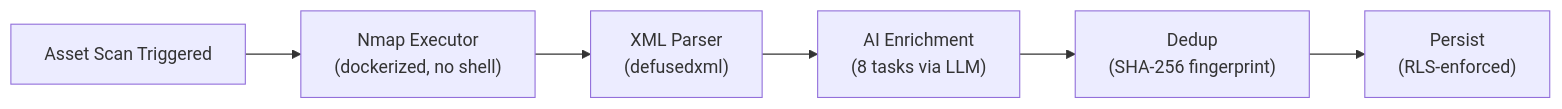
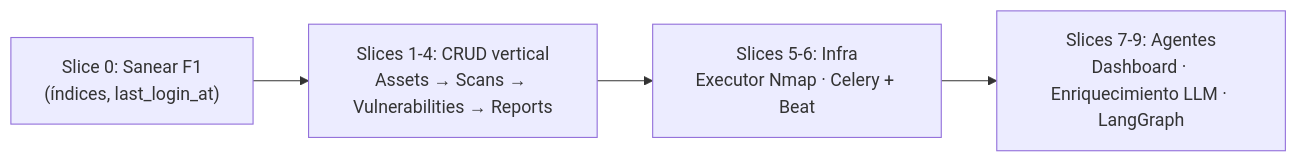
The third of 3 diagrams in README.es.md (Dani1lopez/soc360-pymes), drawn with Mermaid before and after one commit. The commit also changed other lines of this file and 2 other files, not shown here.

````diff
--- a/README.es.md
+++ b/README.es.md
@@ -280,8 +300,6 @@
 ```mermaid
 graph LR
-    A["Asset Scan Triggered"] --> B["Nmap Executor<br/>(dockerized, no shell)"]
-    B --> C["XML Parser<br/>(defusedxml)"]
-    C --> D["AI Enrichment<br/>(8 tasks via LLM)"]
-    D --> E["Dedup<br/>(SHA-256 fingerprint)"]
-    E --> F["Persist<br/>(RLS-enforced)"]
+    A["Slice 0: Sanear F1<br/>(índices, last_login_at)"] --> B["Slices 1-4: CRUD vertical<br/>Assets → Scans → Vulnerabilities → Reports"]
+    B --> C["Slices 5-6: Infra<br/>Executor Nmap · Celery + Beat"]
+    C --> D["Slices 7-9: Agentes<br/>Dashboard · Enriquecimiento LLM · LangGraph"]
 ```
````
